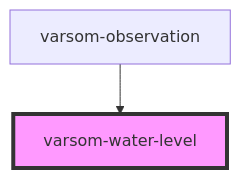
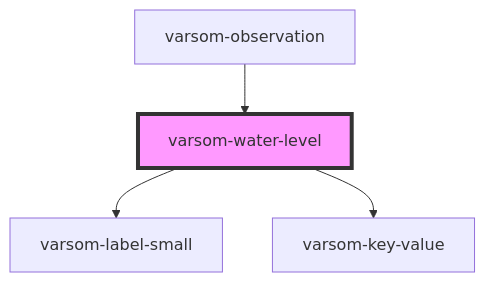
Before and after one commit to NVE/varsom-observation: the diagram in observasjonskort/src/components/varsom-water-level/readme.md, drawn with Mermaid. The commit also changed other lines of this file and 9 other files, not shown here.

Commit message:
updated water-level component

````diff
--- a/observasjonskort/src/components/varsom-water-level/readme.md
+++ b/observasjonskort/src/components/varsom-water-level/readme.md
@@ -28,5 +33,7 @@
 ```mermaid
 graph TD;
+  varsom-water-level --> varsom-label-small
+  varsom-water-level --> varsom-key-value
   varsom-observation --> varsom-water-level
   style varsom-water-level fill:#f9f,stroke:#333,stroke-width:4px
 ```
````
